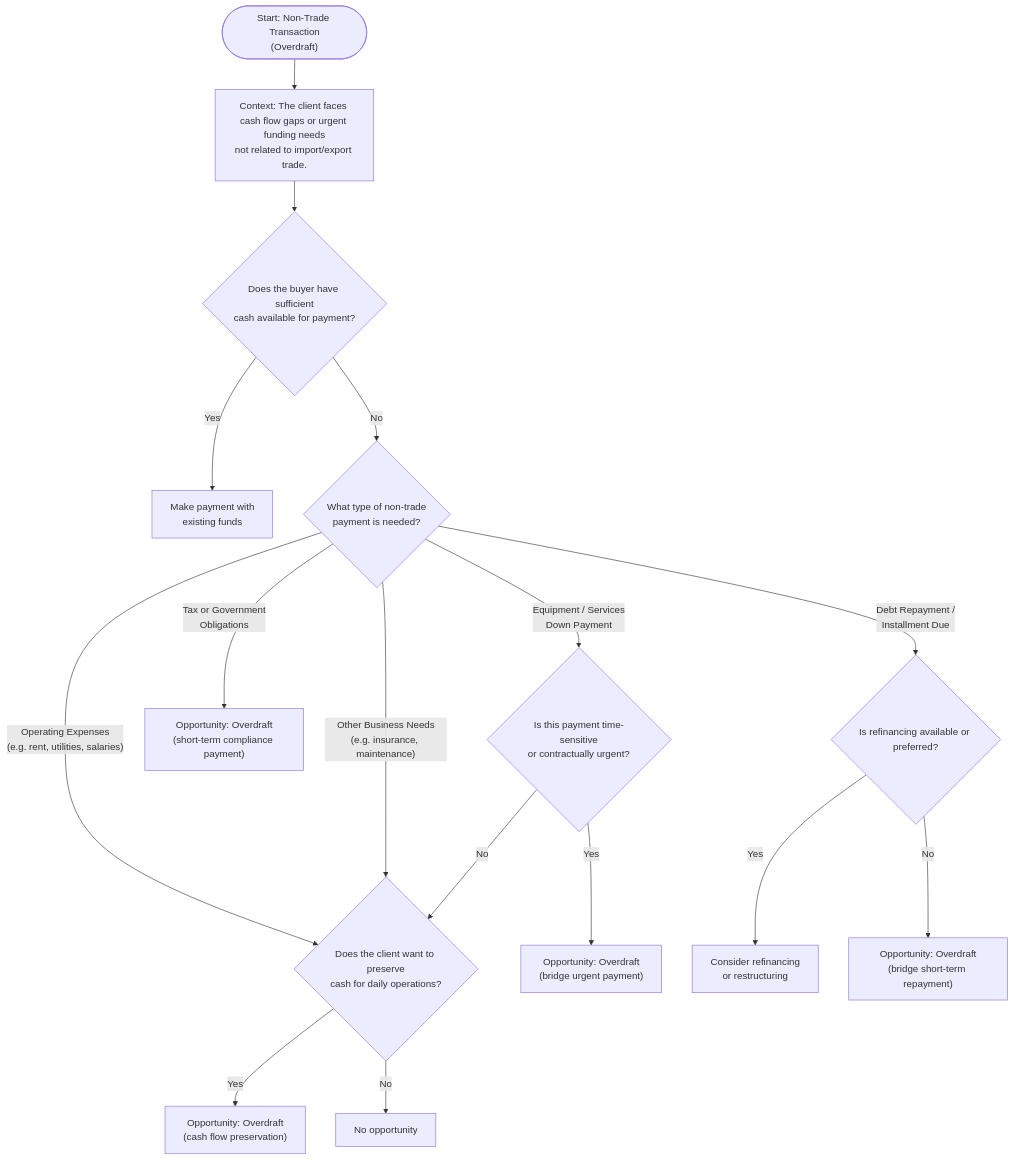
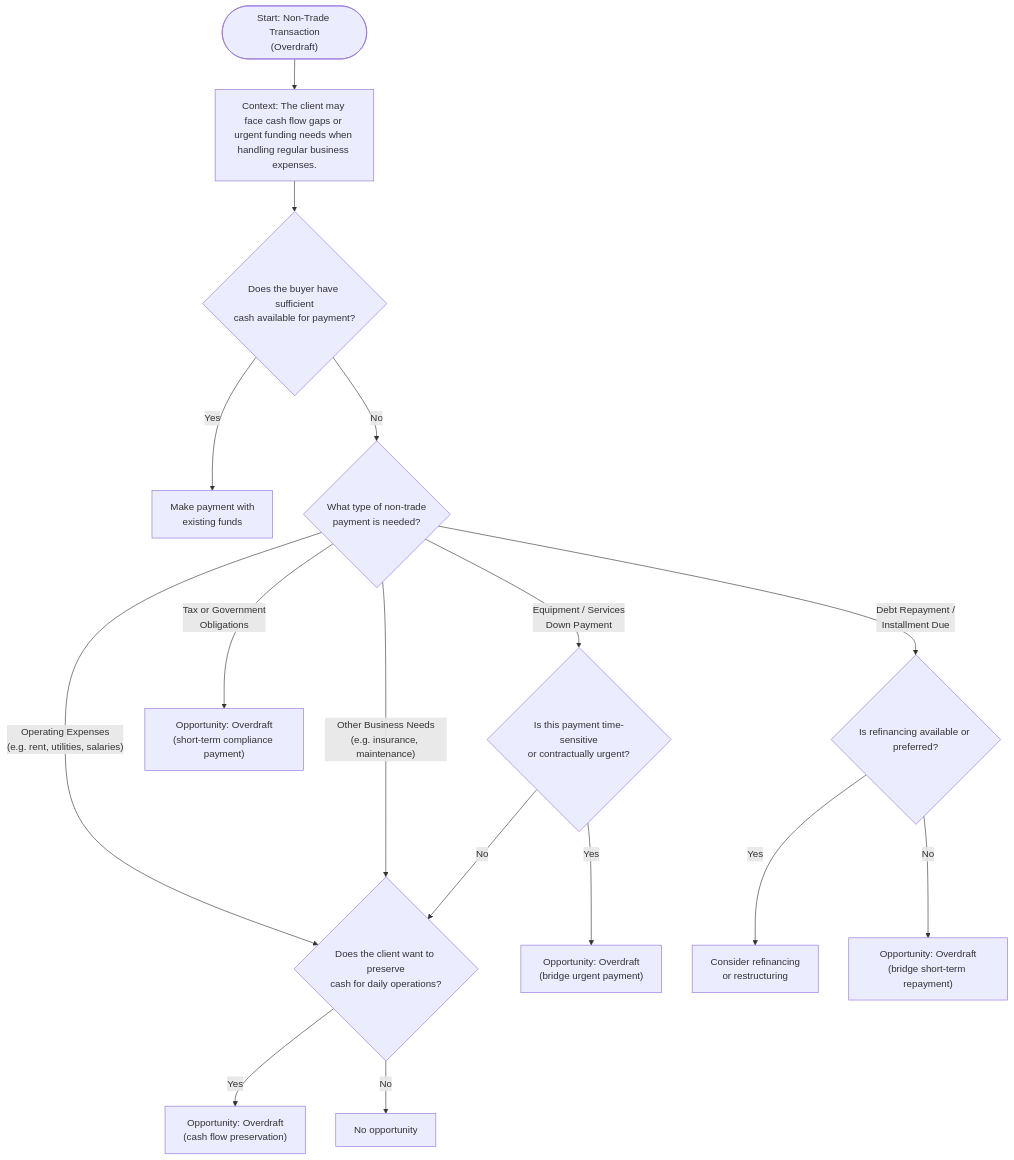
One commit to sage-develop/why changed the diagram in tvc_decision_trees/loan_non_trade_tree.md/overdraft_tree.md. Above: the diagram before and after it, drawn with Mermaid. The commit also changed 1 other file, not shown here.

Commit message:
update context for overdraft

````diff
--- a/tvc_decision_trees/loan_non_trade_tree.md/overdraft_tree.md
+++ b/tvc_decision_trees/loan_non_trade_tree.md/overdraft_tree.md
@@ -25,18 +25,18 @@
 ```mermaid
 flowchart TD
-    Start(["Start: Non-Trade Transaction<br>(Overdraft)"]) --> Context["Context: The client faces cash flow gaps or urgent funding needs<br>not related to import/export trade."]
+    Start(["Start: Non-Trade Transaction<br>(Overdraft)"]) --> Context["Context: The client may face cash flow gaps or urgent funding needs when handling regular business expenses."]
     Context --> Q1{"Does the buyer have sufficient<br>cash available for payment?"}
     Q1 -- Yes --> End1["Make payment with<br>existing funds"]
     Q1 -- No --> Q2{"What type of non-trade<br>payment is needed?"}
     Q2 -- Equipment / Services<br>Down Payment --> Q3{"Is this payment time-sensitive<br>or contractually urgent?"}
     Q2 -- "Operating Expenses<br>(e.g. rent, utilities, salaries)" --> Q4{"Does the client want to preserve<br>cash for daily operations?"}
     Q2 -- Tax or Government<br>Obligations --> P1["Opportunity: Overdraft<br>(short-term compliance payment)"]
     Q2 -- Debt Repayment /<br>Installment Due --> Q5{"Is refinancing available or preferred?"}
     Q2 -- "Other Business Needs<br>(e.g. insurance, maintenance)" --> Q4
     Q3 -- Yes --> P1a["Opportunity: Overdraft<br>(bridge urgent payment)"]
     Q3 -- No --> Q4
     Q4 -- Yes --> P2["Opportunity: Overdraft<br>(cash flow preservation)"]
     Q4 -- No --> End2["No opportunity<br>"]
     Q5 -- Yes --> End3["Consider refinancing<br>or restructuring"]
     Q5 -- No --> P1b["Opportunity: Overdraft<br>(bridge short-term repayment)"]
 ```
````
